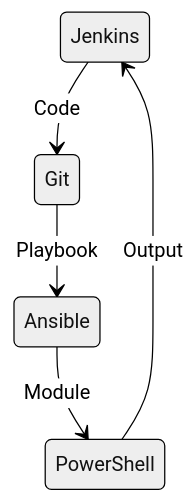
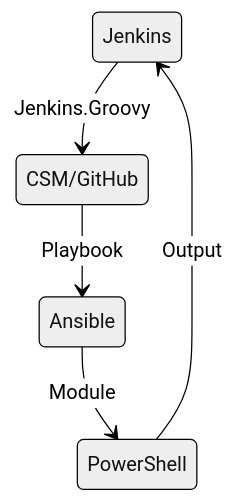
One commit to Lifailon/Deploy-PS-Module changed the diagram in README.md. Above: the diagram before and after it, drawn with Mermaid (neutral theme).

Commit message:
test state

````diff
--- a/README.md
+++ b/README.md
@@ -7,7 +7,7 @@
 ```mermaid
 stateDiagram-v2
-    Jenkins --> Git: Code
-    Git --> Ansible: Playbook
+    Jenkins --> CSM/GitHub: Jenkins.Groovy
+    CSM/GitHub --> Ansible: Playbook
     Ansible --> PowerShell: Module
     PowerShell --> Jenkins: Output
 ```
````
